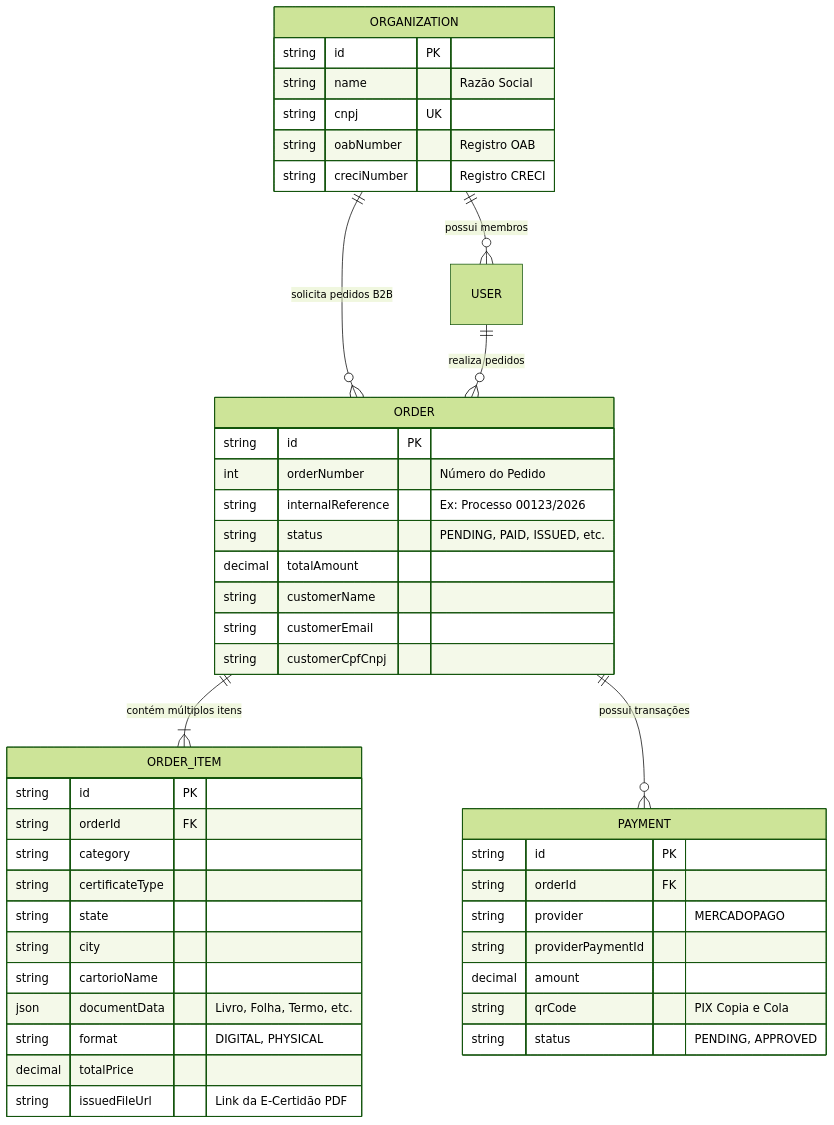
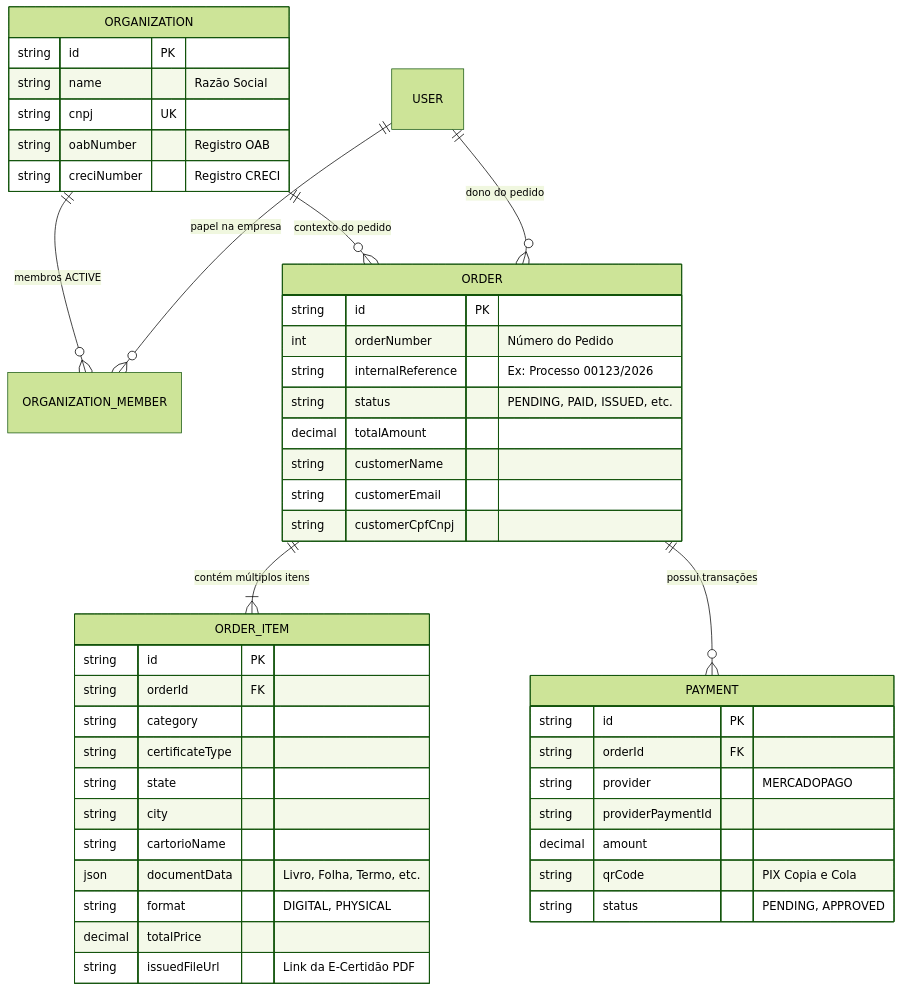
Before and after one commit to eumodesto/cartori: the diagram in docs/ARCHITECTURE_AND_MVP_PLAN.md, drawn with Mermaid (forest theme). The commit also changed other lines of this file and 86 other files, not shown here.

````diff
--- a/docs/ARCHITECTURE_AND_MVP_PLAN.md
+++ b/docs/ARCHITECTURE_AND_MVP_PLAN.md
@@ -95,51 +95,52 @@
 ```mermaid
 erDiagram
-    ORGANIZATION ||--o{ USER : "possui membros"
-    ORGANIZATION ||--o{ ORDER : "solicita pedidos B2B"
-    USER ||--o{ ORDER : "realiza pedidos"
+    ORGANIZATION ||--o{ ORGANIZATION_MEMBER : "membros ACTIVE"
+    USER ||--o{ ORGANIZATION_MEMBER : "papel na empresa"
+    ORGANIZATION ||--o{ ORDER : "contexto do pedido"
+    USER ||--o{ ORDER : "dono do pedido"
     ORDER ||--|{ ORDER_ITEM : "contém múltiplos itens"
     ORDER ||--o{ PAYMENT : "possui transações"
 
     ORGANIZATION {
         string id PK
         string name "Razão Social"
         string cnpj UK
         string oabNumber "Registro OAB"
         string creciNumber "Registro CRECI"
     }
 
     ORDER {
         string id PK
         int orderNumber "Número do Pedido"
         string internalReference "Ex: Processo 00123/2026"
         string status "PENDING, PAID, ISSUED, etc."
         decimal totalAmount
         string customerName
         string customerEmail
         string customerCpfCnpj
     }
 
     ORDER_ITEM {
         string id PK
         string orderId FK
         string category
         string certificateType
         string state
         string city
         string cartorioName
         json documentData "Livro, Folha, Termo, etc."
         string format "DIGITAL, PHYSICAL"
         decimal totalPrice
         string issuedFileUrl "Link da E-Certidão PDF"
     }
 
     PAYMENT {
         string id PK
         string orderId FK
         string provider "MERCADOPAGO"
         string providerPaymentId
         decimal amount
         string qrCode "PIX Copia e Cola"
         string status "PENDING, APPROVED"
     }
 ```
````
